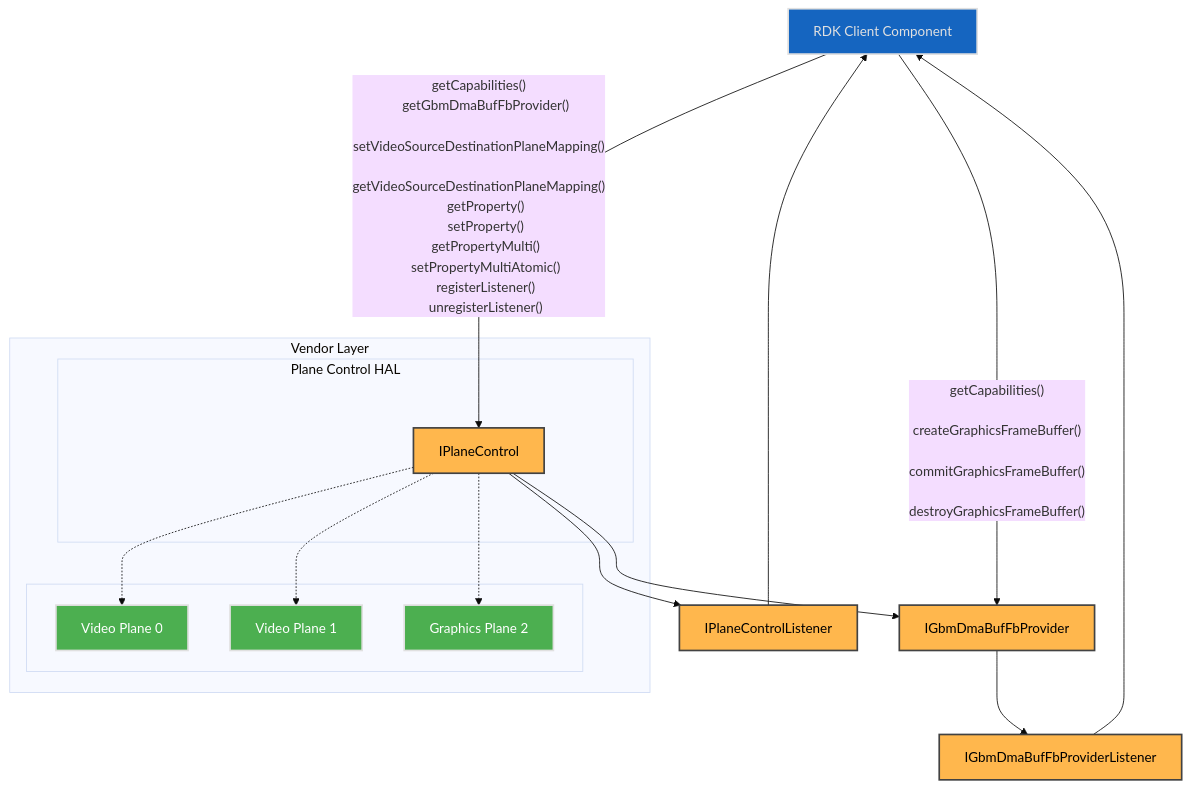
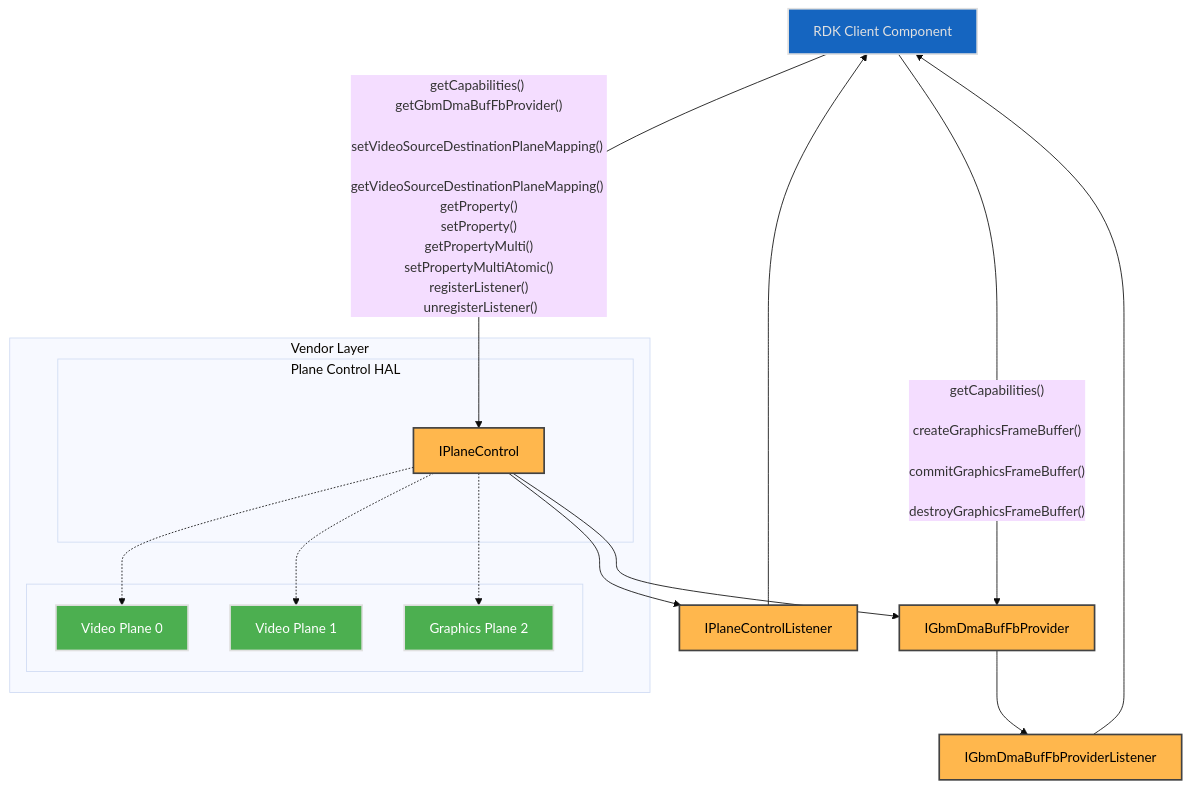
One commit to rdkcentral/rdk-halif-aidl changed the first of 2 diagrams in docs/halif/plane_control/current/plane_control.md. Above: the diagram before and after it, drawn with Mermaid (base theme). The commit also changed 1 other file, not shown here.

Commit message:
Improved GraphicsDmaBufFrameFd error handling.

````diff
--- a/docs/halif/plane_control/current/plane_control.md
+++ b/docs/halif/plane_control/current/plane_control.md
@@ -84,68 +84,58 @@
 ```mermaid
 flowchart TD
     %% --- Components ---
     RDKClientComponent["RDK Client Component"]
     IPlaneControlListener["IPlaneControlListener"]
     IGbmDmaBufFbProvider["IGbmDmaBufFbProvider"]
     IGbmDmaBufFbProviderListener["IGbmDmaBufFbProviderListener"]
 
     subgraph Connections["Vendor Layer"]
         subgraph IPlaneControlHAL["Plane Control HAL"]
             IPlaneControl["IPlaneControl"]
         end
 
         subgraph OutputComponents[" "]
             VideoPlane0["Video Plane 0"]
             VideoPlane1["Video Plane 1"]
             VideoPlane2["Graphics Plane 2"]
         end
     end
 
     %% --- Function Calls Over Single Line ---
-    RDKClientComponent -- getCapabilities()
-    getGbmDmaBufFbProvider()
-    setVideoSourceDestinationPlaneMapping()
-    getVideoSourceDestinationPlaneMapping()
-    getProperty()
-    setProperty()
-    getPropertyMulti()
-    setPropertyMultiAtomic()
-    registerListener()
-    unregisterListener()
-     --> IPlaneControl
-
+    RDKClientComponent -- getCapabilities() <br> getGbmDmaBufFbProvider() <br> setVideoSourceDestinationPlaneMapping() <br> getVideoSourceDestinationPlaneMapping() <br> getProperty() <br> setProperty() <br> getPropertyMulti() <br> setPropertyMultiAtomic() <br> registerListener() <br> unregisterListener() --> IPlaneControl
+    
     RDKClientComponent -- getCapabilities()
     createGraphicsFrameBuffer()
     commitGraphicsFrameBuffer()
     destroyGraphicsFrameBuffer()
      --> IGbmDmaBufFbProvider
 
     IPlaneControlListener --> RDKClientComponent
     IGbmDmaBufFbProviderListener --> RDKClientComponent
 
     %% --- Wrapped Connections in a Subgraph ---
         IPlaneControl --> IPlaneControlListener
         IPlaneControl --> IGbmDmaBufFbProvider
         IGbmDmaBufFbProvider --> IGbmDmaBufFbProviderListener
         IPlaneControl -.-> VideoPlane0
         IPlaneControl -.-> VideoPlane1
         IPlaneControl -.-> VideoPlane2
 
     %% --- Apply Colors ---
     classDef background fill:#121212,stroke:none,color:#E0E0E0;
     classDef blue fill:#1565C0,stroke:#E0E0E0,stroke-width:2px,color:#E0E0E0;
     classDef lightGrey fill:#616161,stroke:#E0E0E0,stroke-width:2px,color:#FFFFFF;
     classDef wheat fill:#FFB74D,stroke:#424242,stroke-width:2px,color:#000000;
     classDef green fill:#4CAF50,stroke:#E0E0E0,stroke-width:2px,color:#FFFFFF;
     classDef default fill:#1E1E1E,stroke:#E0E0E0,stroke-width:1px,color:#E0E0E0;
 
     RDKClientComponent:::blue
     IPlaneControl:::wheat
     IPlaneControlListener:::wheat
     IGbmDmaBufFbProvider:::wheat
     IGbmDmaBufFbProviderListener:::wheat
     VideoPlane0:::green
     VideoPlane1:::green
     VideoPlane2:::green
 
 ```
````
